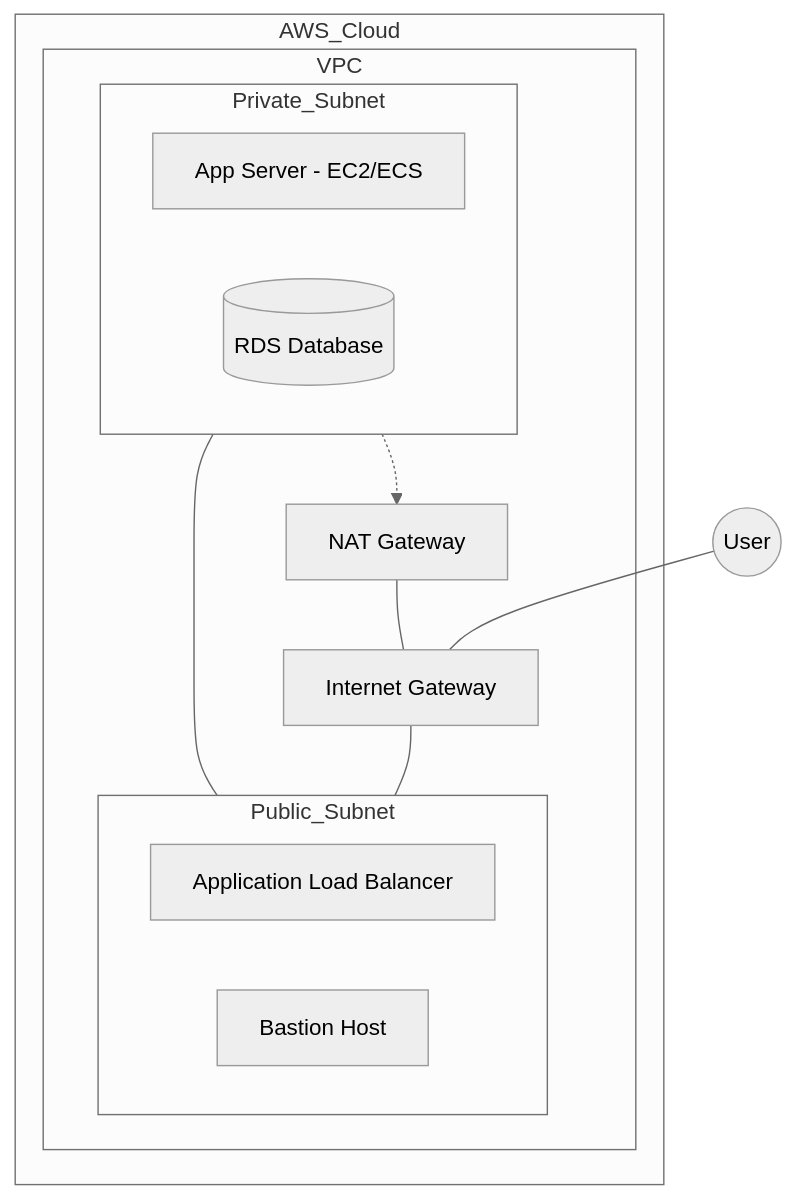
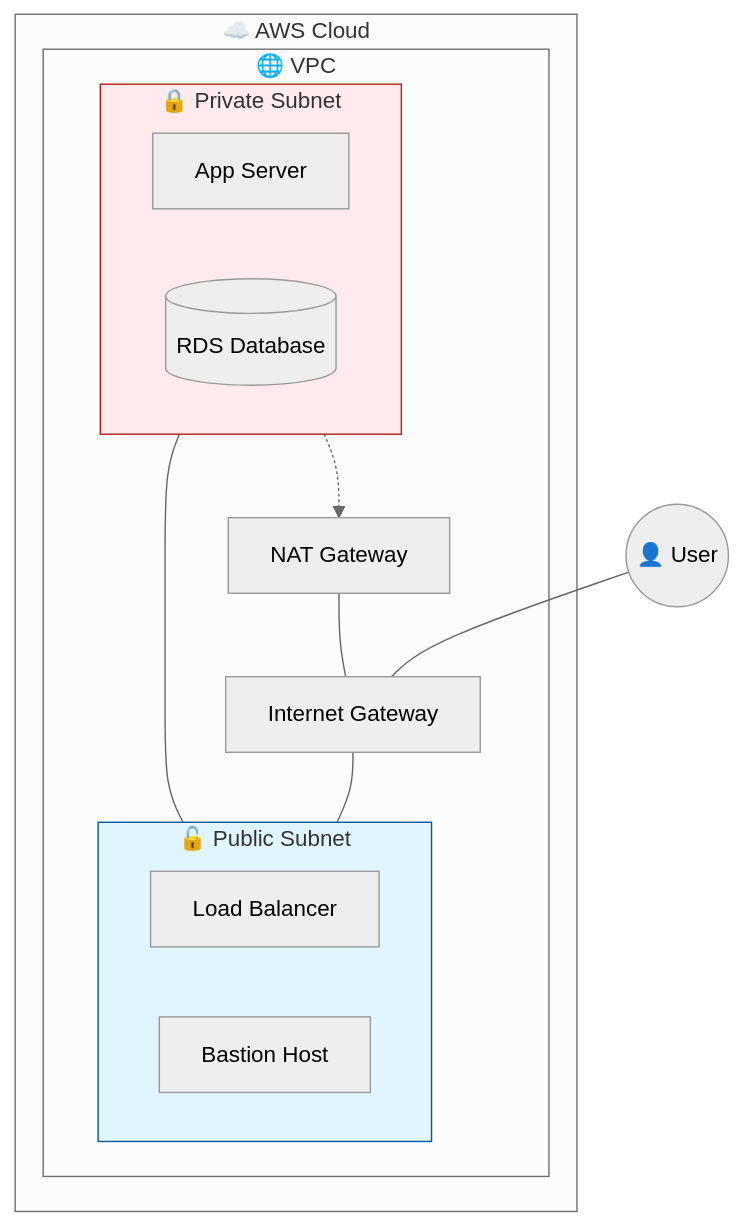
One commit to kloudtechvizag/cloud-devops-interview-prep changed the diagram in aws/README.md. Above: the diagram before and after it, drawn with Mermaid (neutral theme). The commit also changed other lines of this file and 20 other files, not shown here.

````diff
--- a/aws/README.md
+++ b/aws/README.md
@@ -15,21 +8,23 @@
 ```mermaid
 graph TD
-    subgraph AWS_Cloud
-        subgraph VPC
+    subgraph AWS_Cloud["☁️ AWS Cloud"]
+        subgraph VPC["🌐 VPC"]
             IGW[Internet Gateway]
-            subgraph Public_Subnet
-                ALB[Application Load Balancer]
+            subgraph Public_Subnet["🔓 Public Subnet"]
+                ALB[Load Balancer]
                 Bastion[Bastion Host]
             end
-            subgraph Private_Subnet
-                App[App Server - EC2/ECS]
+            subgraph Private_Subnet["🔒 Private Subnet"]
+                App[App Server]
                 DB[(RDS Database)]
             end
             IGW --- Public_Subnet
             Public_Subnet --- Private_Subnet
             NAT[NAT Gateway] --- IGW
             Private_Subnet -.-> NAT
         end
     end
-    User((User)) --- IGW
+    User((👤 User)) --- IGW
+    style Public_Subnet fill:#e1f5fe,stroke:#01579b
+    style Private_Subnet fill:#ffebee,stroke:#b71c1c
 ```
````
